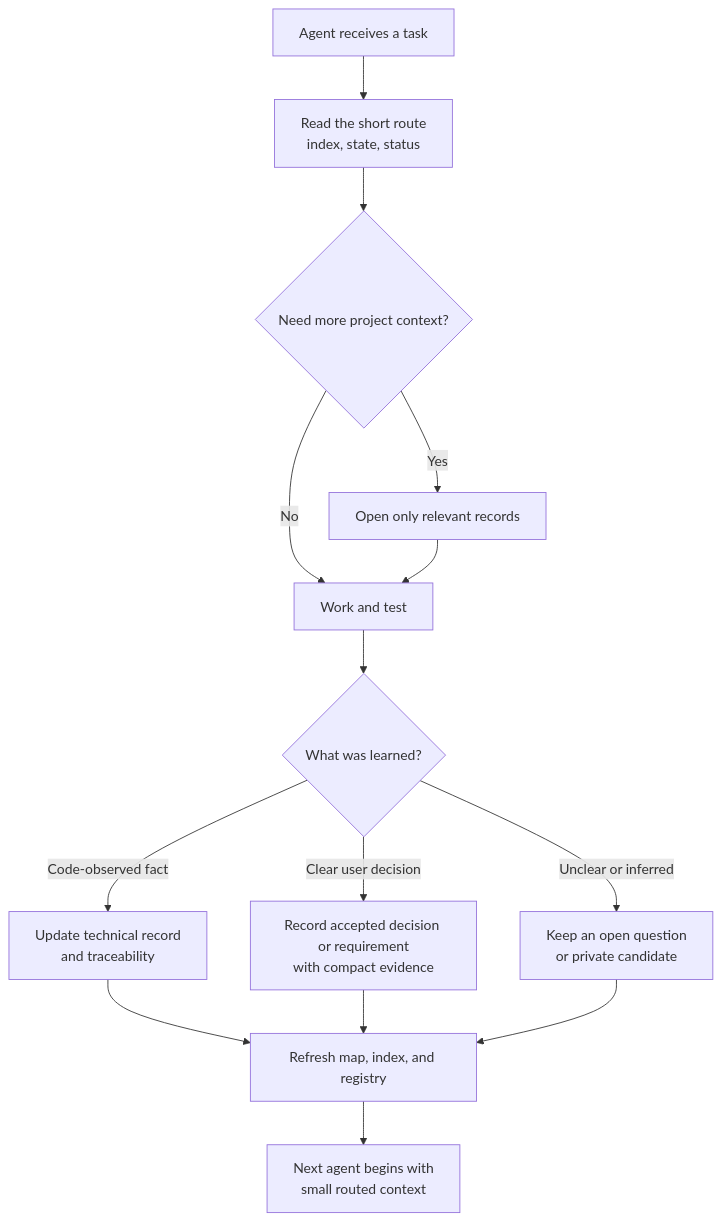
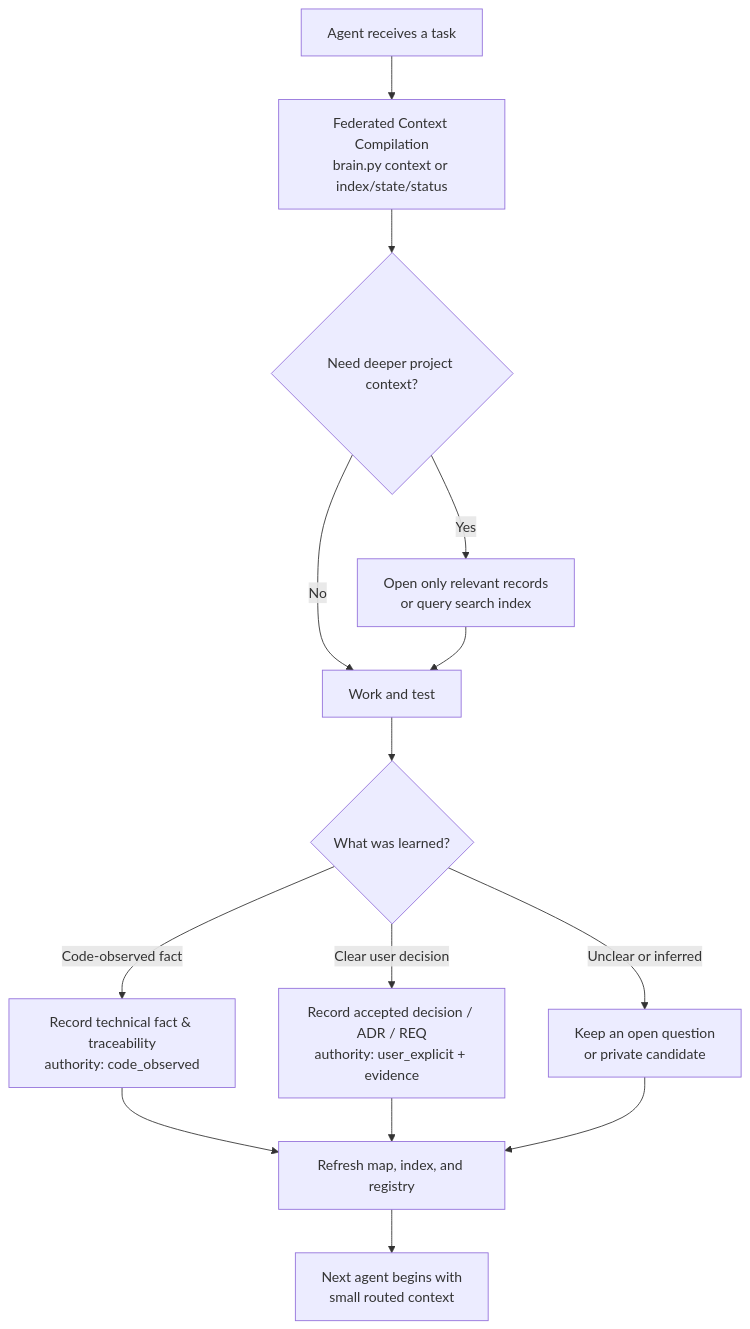
One commit to manojvermamv/context-forge changed the diagram in README.md. Above: the diagram before and after it, drawn with Mermaid. The commit also changed other lines of this file and 5 other files, not shown here.

Commit message:
fix(v2): enforce map.md character ceiling, route policies in index, and add ASCII rendering for non-UTF-8 terminals

```diff
--- a/README.md
+++ b/README.md
@@ -118,16 +121,16 @@
 ~~~mermaid
 flowchart TD
-  A[Agent receives a task] --> B[Read the short route<br/>index, state, status]
-  B --> C{Need more project context?}
-  C -->|Yes| D[Open only relevant records]
+  A[Agent receives a task] --> B[Federated Context Compilation<br/>brain.py context or index/state/status]
+  B --> C{Need deeper project context?}
+  C -->|Yes| D[Open only relevant records<br/>or query search index]
   C -->|No| E[Work and test]
   D --> E
   E --> F{What was learned?}
-  F -->|Code-observed fact| G[Update technical record<br/>and traceability]
-  F -->|Clear user decision| H[Record accepted decision or requirement<br/>with compact evidence]
+  F -->|Code-observed fact| G[Record technical fact & traceability<br/>authority: code_observed]
+  F -->|Clear user decision| H[Record accepted decision / ADR / REQ<br/>authority: user_explicit + evidence]
   F -->|Unclear or inferred| I[Keep an open question<br/>or private candidate]
   G --> J[Refresh map, index, and registry]
   H --> J
   I --> J
   J --> K[Next agent begins with<br/>small routed context]
 ~~~
```
